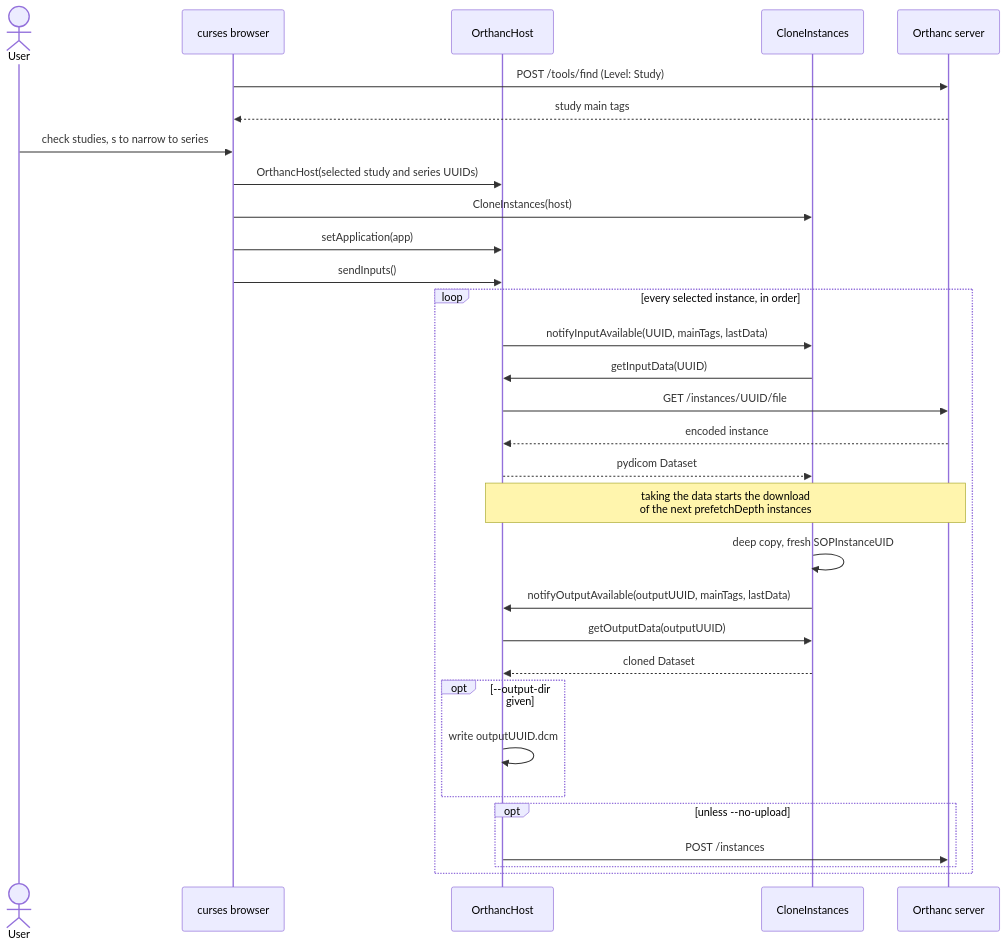
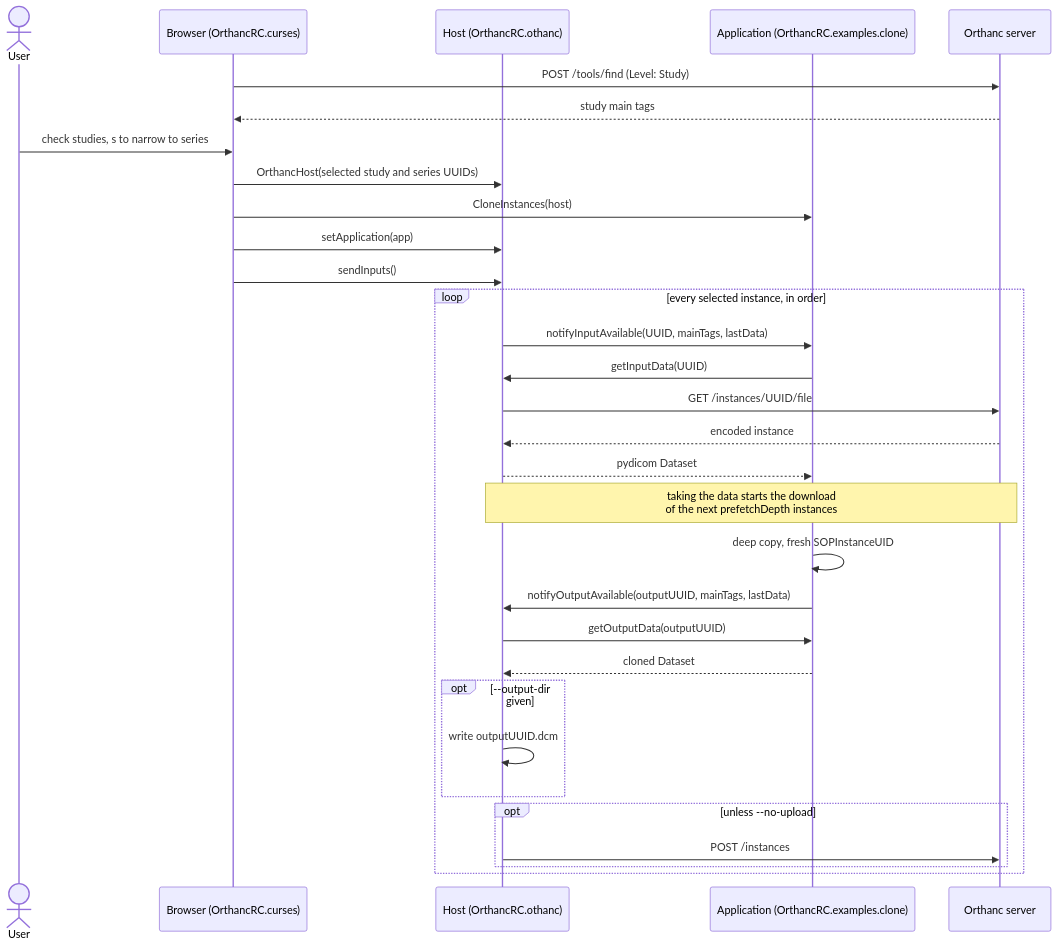
The second of 2 diagrams in readme.md (retsil/Orthanc-Restful-Chooser), drawn with Mermaid before and after one commit. The commit also changed other lines of this file, not shown here.

Commit message:
Updating diagrams

````diff
--- a/readme.md
+++ b/readme.md
@@ -113,35 +132,35 @@
 ```mermaid
 sequenceDiagram
     actor User
-    participant B as curses browser
-    participant H as OrthancHost
-    participant A as CloneInstances
+    participant B as Browser (OrthancRC.curses)
+    participant H as Host (OrthancRC.othanc)
+    participant A as Application (OrthancRC.examples.clone)
     participant O as Orthanc server
 
     B->>O: POST /tools/find (Level: Study)
     O-->>B: study main tags
     User->>B: check studies, s to narrow to series
     B->>H: OrthancHost(selected study and series UUIDs)
     B->>A: CloneInstances(host)
     B->>H: setApplication(app)
     B->>H: sendInputs()
 
     loop every selected instance, in order
         H->>A: notifyInputAvailable(UUID, mainTags, lastData)
         A->>H: getInputData(UUID)
         H->>O: GET /instances/UUID/file
         O-->>H: encoded instance
         H-->>A: pydicom Dataset
         Note over H,O: taking the data starts the download<br/>of the next prefetchDepth instances
         A->>A: deep copy, fresh SOPInstanceUID
         A->>H: notifyOutputAvailable(outputUUID, mainTags, lastData)
         H->>A: getOutputData(outputUUID)
         A-->>H: cloned Dataset
         opt --output-dir given
             H->>H: write outputUUID.dcm
         end
         opt unless --no-upload
             H->>O: POST /instances
         end
     end
 ```
````
